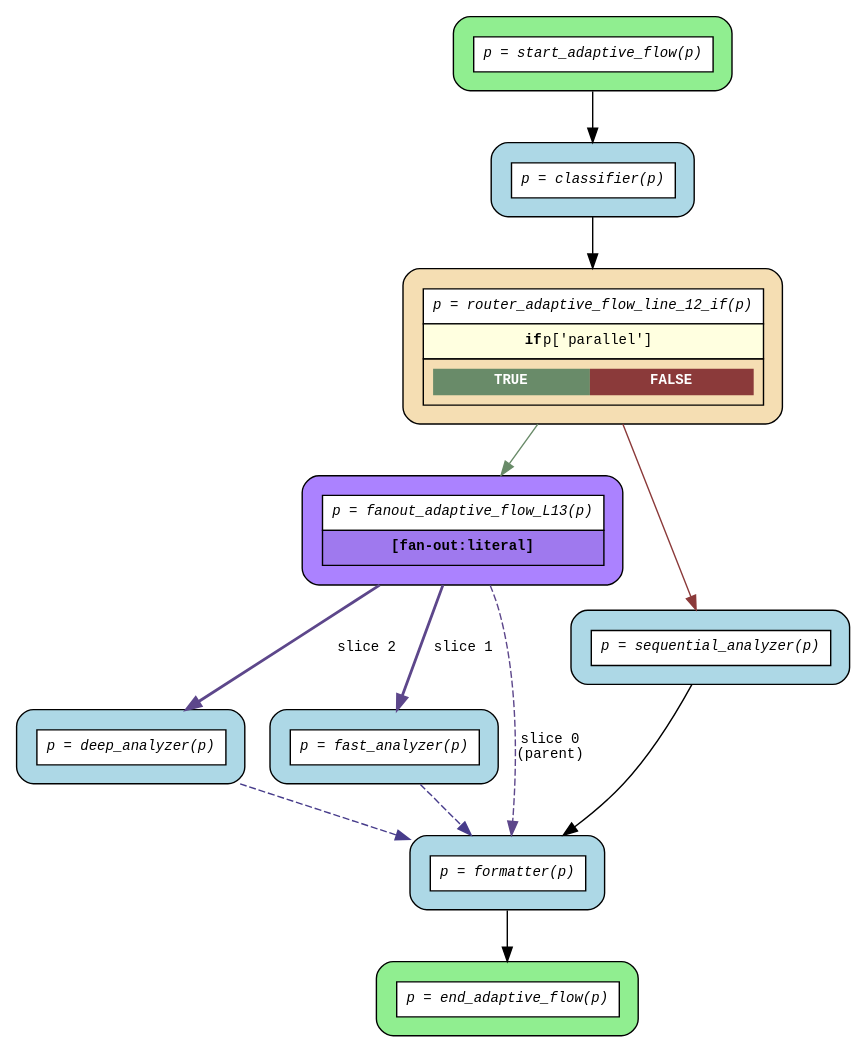
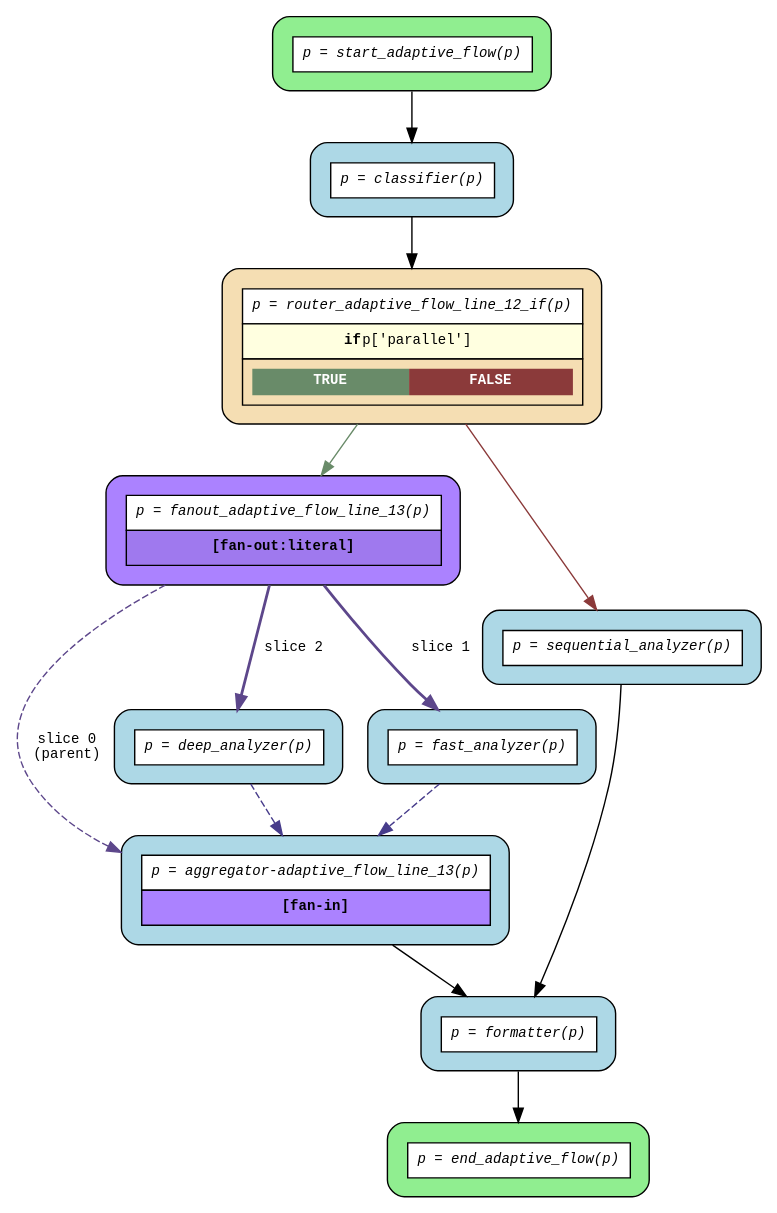
The diagram in examples/flows/compiled/fanout_conditional/flow.dot (deliveryhero/asya), drawn with Graphviz before and after one commit. The commit also changed 22 other files, not shown here.

```diff
--- a/examples/flows/compiled/fanout_conditional/flow.dot
+++ b/examples/flows/compiled/fanout_conditional/flow.dot
@@ -1,28 +1,30 @@
 digraph flow {
   rankdir=TB;
   graph [fontname="Courier", fontsize=10];
   node [fontname="Courier", fontsize=10, shape=box, style="filled,rounded", margin="0.2"];
   edge [fontname="Courier", fontsize=10];
 
   start_adaptive_flow [fillcolor="lightgreen", label=<<table border="0" cellspacing="0" cellpadding="6" cellborder="1"><tr><td bgcolor="white" align="center"><i>p = start_adaptive_flow(p)</i></td></tr></table>>];
-  fanout_adaptive_flow_L13 [fillcolor="mediumpurple1", label=<<table border="0" cellspacing="0" cellpadding="6" cellborder="1"><tr><td bgcolor="white" align="center"><i>p = fanout_adaptive_flow_L13(p)</i></td></tr><tr><td bgcolor="mediumpurple2" align="center"><b>[fan-out:literal]</b></td></tr></table>>];
+  fanout_adaptive_flow_line_13 [fillcolor="mediumpurple1", label=<<table border="0" cellspacing="0" cellpadding="6" cellborder="1"><tr><td bgcolor="white" align="center"><i>p = fanout_adaptive_flow_line_13(p)</i></td></tr><tr><td bgcolor="mediumpurple2" align="center"><b>[fan-out:literal]</b></td></tr></table>>];
   router_adaptive_flow_line_12_if [fillcolor="wheat", label=<<table border="0" cellspacing="0" cellpadding="6" cellborder="1"><tr><td bgcolor="white" align="center"><i>p = router_adaptive_flow_line_12_if(p)</i></td></tr><tr><td bgcolor="lightyellow"><b>if</b> p['parallel']</td></tr><tr><td><table border="0" cellspacing="0" cellpadding="4"><tr><td bgcolor="darkseagreen4"><font color="white"><b>TRUE</b></font></td><td bgcolor="indianred4"><font color="white"><b>FALSE</b></font></td></tr></table></td></tr></table>>];
   end_adaptive_flow [fillcolor="lightgreen", label=<<table border="0" cellspacing="0" cellpadding="6" cellborder="1"><tr><td bgcolor="white" align="center"><i>p = end_adaptive_flow(p)</i></td></tr></table>>];
+  aggregator_adaptive_flow_line_13 [fillcolor="lightblue", label=<<table border="0" cellspacing="0" cellpadding="6" cellborder="1"><tr><td bgcolor="white" align="center"><i>p = aggregator-adaptive_flow_line_13(p)</i></td></tr><tr><td bgcolor="mediumpurple1" align="center"><b>[fan-in]</b></td></tr></table>>];
   classifier [fillcolor="lightblue", label=<<table border="0" cellspacing="0" cellpadding="6" cellborder="1"><tr><td bgcolor="white" align="center"><i>p = classifier(p)</i></td></tr></table>>];
   deep_analyzer [fillcolor="lightblue", label=<<table border="0" cellspacing="0" cellpadding="6" cellborder="1"><tr><td bgcolor="white" align="center"><i>p = deep_analyzer(p)</i></td></tr></table>>];
   fast_analyzer [fillcolor="lightblue", label=<<table border="0" cellspacing="0" cellpadding="6" cellborder="1"><tr><td bgcolor="white" align="center"><i>p = fast_analyzer(p)</i></td></tr></table>>];
   formatter [fillcolor="lightblue", label=<<table border="0" cellspacing="0" cellpadding="6" cellborder="1"><tr><td bgcolor="white" align="center"><i>p = formatter(p)</i></td></tr></table>>];
   sequential_analyzer [fillcolor="lightblue", label=<<table border="0" cellspacing="0" cellpadding="6" cellborder="1"><tr><td bgcolor="white" align="center"><i>p = sequential_analyzer(p)</i></td></tr></table>>];
 
+  aggregator_adaptive_flow_line_13 -> formatter;
   classifier -> router_adaptive_flow_line_12_if;
-  deep_analyzer -> formatter [color=slateblue4, style=dashed];
-  fanout_adaptive_flow_L13 -> deep_analyzer [color=mediumpurple4, label="slice 2", style=bold];
-  fanout_adaptive_flow_L13 -> fast_analyzer [color=mediumpurple4, label="slice 1", style=bold];
-  fanout_adaptive_flow_L13 -> formatter [color=mediumpurple4, label="slice 0\n(parent)", style=dashed];
-  fast_analyzer -> formatter [color=slateblue4, style=dashed];
+  deep_analyzer -> aggregator_adaptive_flow_line_13 [color=slateblue4, style=dashed];
+  fanout_adaptive_flow_line_13 -> aggregator_adaptive_flow_line_13 [color=mediumpurple4, label="slice 0\n(parent)", style=dashed];
+  fanout_adaptive_flow_line_13 -> deep_analyzer [color=mediumpurple4, label="slice 2", style=bold];
+  fanout_adaptive_flow_line_13 -> fast_analyzer [color=mediumpurple4, label="slice 1", style=bold];
+  fast_analyzer -> aggregator_adaptive_flow_line_13 [color=slateblue4, style=dashed];
   formatter -> end_adaptive_flow;
-  router_adaptive_flow_line_12_if -> fanout_adaptive_flow_L13 [color=darkseagreen4];
+  router_adaptive_flow_line_12_if -> fanout_adaptive_flow_line_13 [color=darkseagreen4];
   router_adaptive_flow_line_12_if -> sequential_analyzer [color=indianred4];
   sequential_analyzer -> formatter;
   start_adaptive_flow -> classifier;
 }
```
